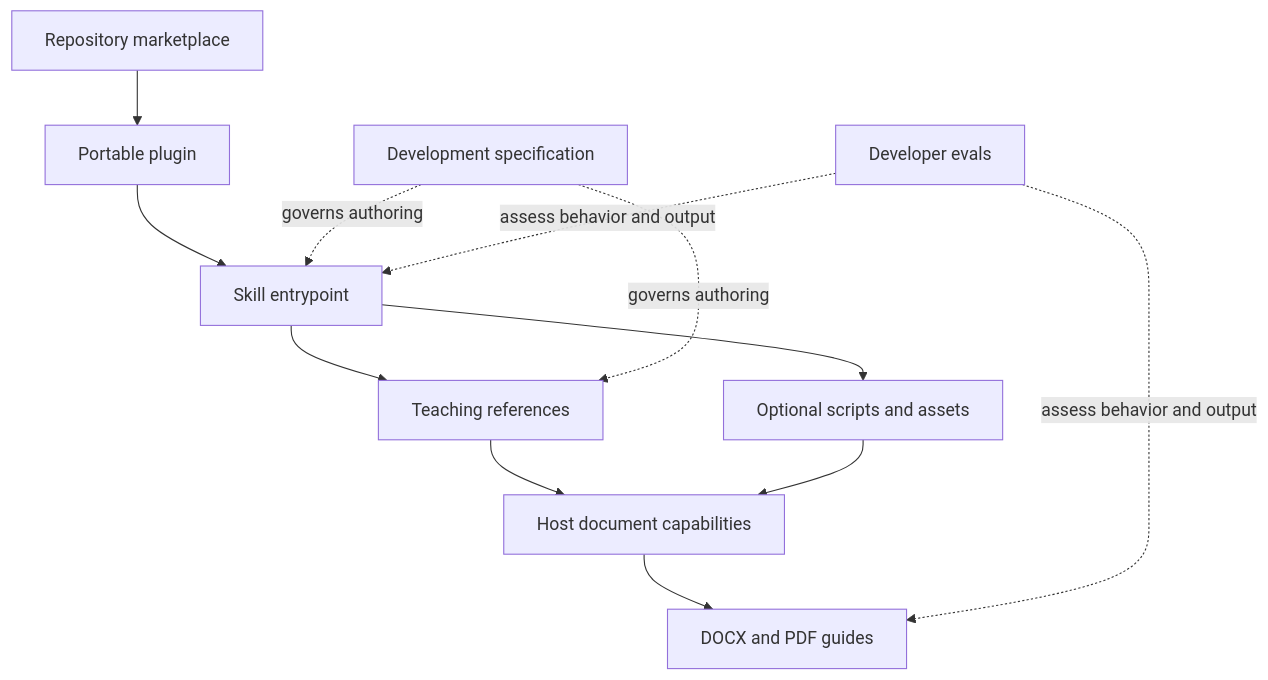
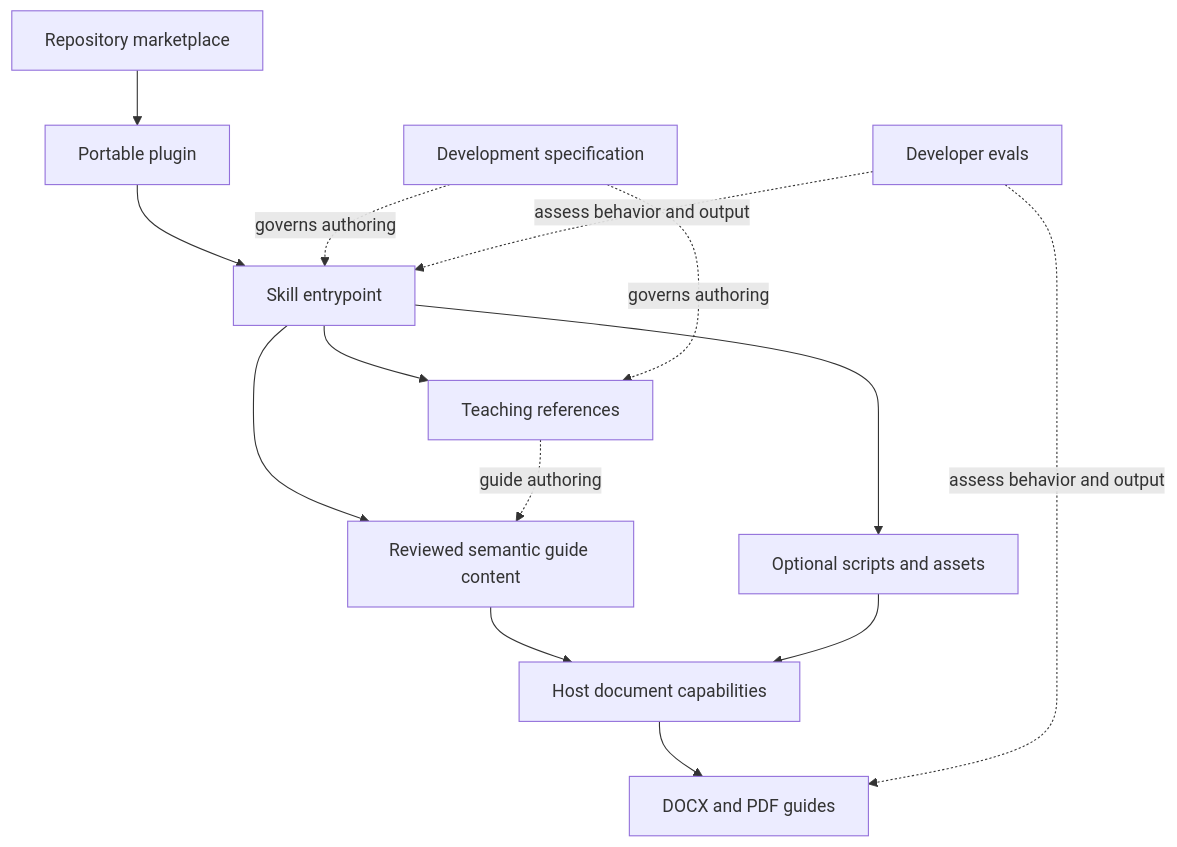
The diagram in docs/architecture.md (omar13Hamdy37/OHamdy-agent-skills), drawn with Mermaid before and after one commit. The commit also changed other lines of this file and 19 other files, not shown here.

````diff
--- a/docs/architecture.md
+++ b/docs/architecture.md
@@ -9,14 +9,16 @@
 ```mermaid
 flowchart TD
     M[Repository marketplace] --> P[Portable plugin]
     P --> S[Skill entrypoint]
     S --> R[Teaching references]
     S --> H[Optional scripts and assets]
-    R --> O[Host document capabilities]
+    S --> C[Reviewed semantic guide content]
+    R -. guide authoring .-> C
+    C --> O[Host document capabilities]
     H --> O
     O --> D[DOCX and PDF guides]
     SPEC[Development specification] -. governs authoring .-> S
     SPEC -. governs authoring .-> R
     E[Developer evals] -. assess behavior and output .-> S
     E -. assess behavior and output .-> D
 ```
````
